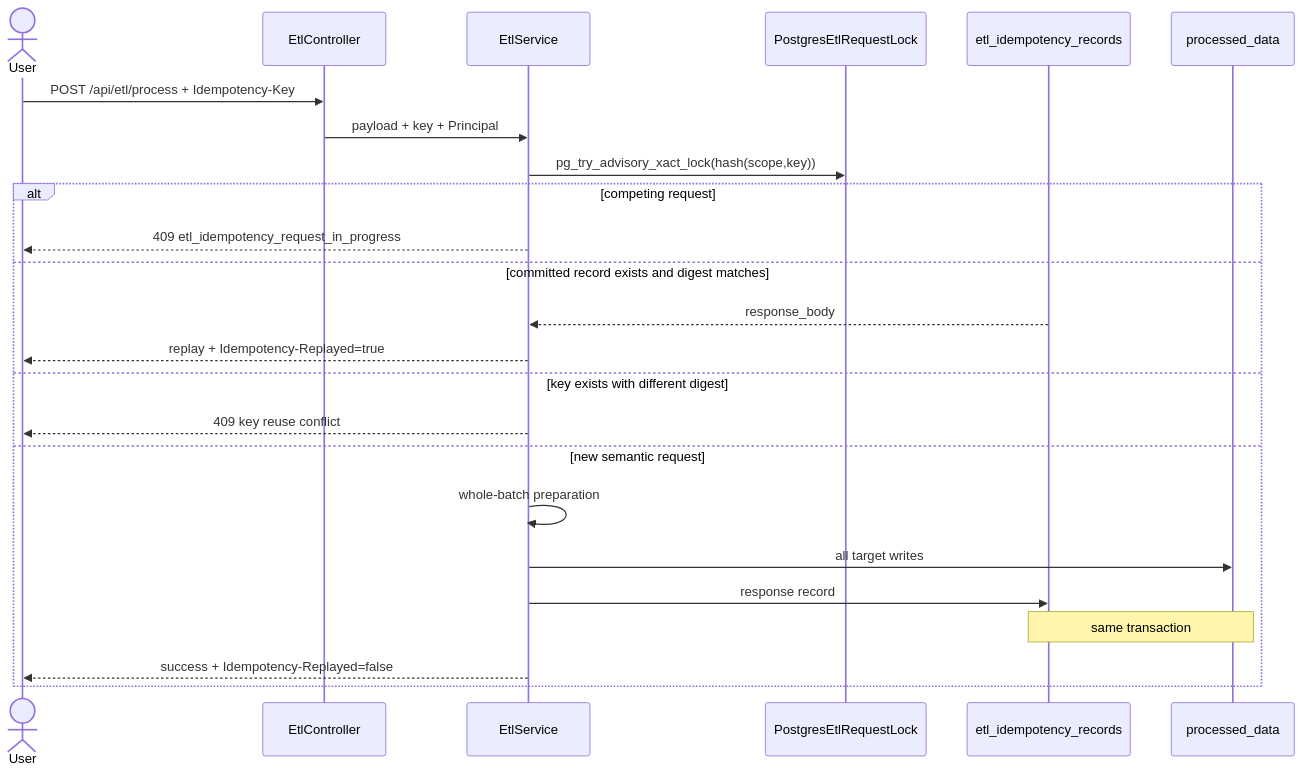
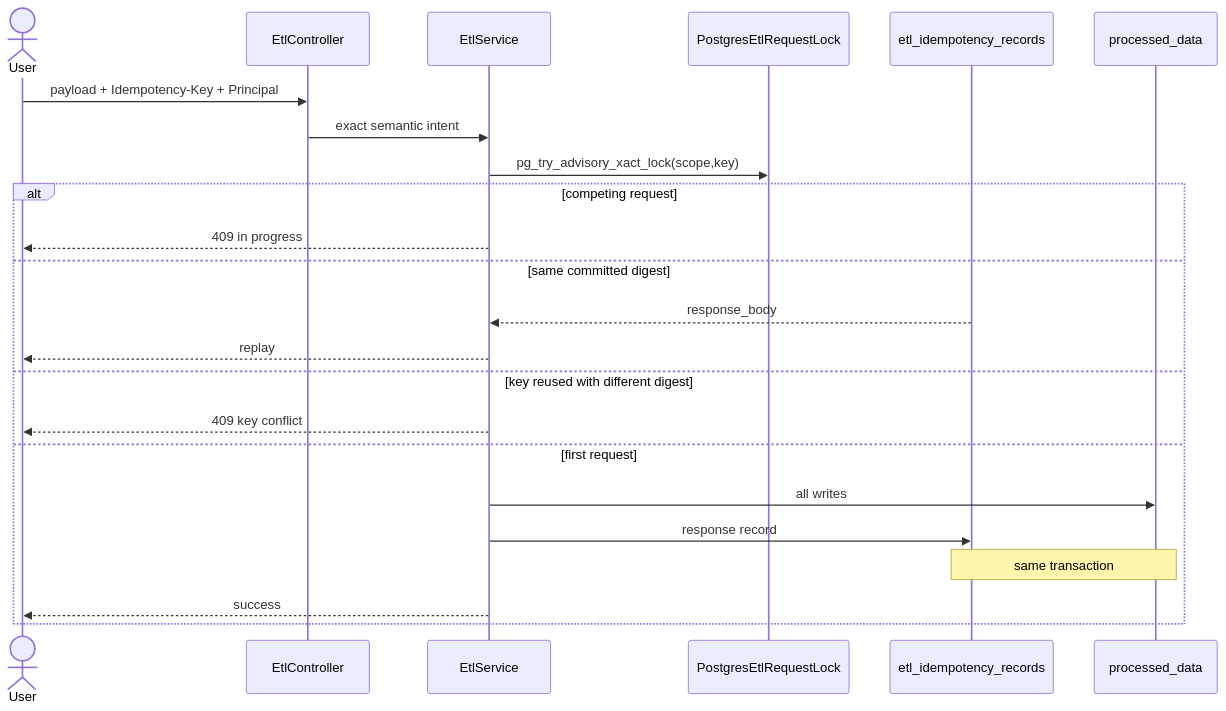
The third of 16 diagrams in docs/UML.md (ContextualWisdomLab/mightyETL), drawn with Mermaid before and after one commit. The commit also changed other lines of this file, not shown here.

Commit message:
docs: add identity recovery DLT and release UML

````diff
--- a/docs/UML.md
+++ b/docs/UML.md
@@ -81,27 +74,26 @@
 ```mermaid
 sequenceDiagram
     actor User
     participant Controller as EtlController
     participant Service as EtlService
     participant Lock as PostgresEtlRequestLock
     participant Ledger as etl_idempotency_records
     participant Target as processed_data
 
-    User->>Controller: POST /api/etl/process + Idempotency-Key
-    Controller->>Service: payload + key + Principal
-    Service->>Lock: pg_try_advisory_xact_lock(hash(scope,key))
+    User->>Controller: payload + Idempotency-Key + Principal
+    Controller->>Service: exact semantic intent
+    Service->>Lock: pg_try_advisory_xact_lock(scope,key)
     alt competing request
-        Service-->>User: 409 etl_idempotency_request_in_progress
-    else committed record exists and digest matches
+        Service-->>User: 409 in progress
+    else same committed digest
         Ledger-->>Service: response_body
-        Service-->>User: replay + Idempotency-Replayed=true
-    else key exists with different digest
-        Service-->>User: 409 key reuse conflict
-    else new semantic request
-        Service->>Service: whole-batch preparation
-        Service->>Target: all target writes
+        Service-->>User: replay
+    else key reused with different digest
+        Service-->>User: 409 key conflict
+    else first request
+        Service->>Target: all writes
         Service->>Ledger: response record
         Note over Target,Ledger: same transaction
-        Service-->>User: success + Idempotency-Replayed=false
+        Service-->>User: success
     end
 ```
````
